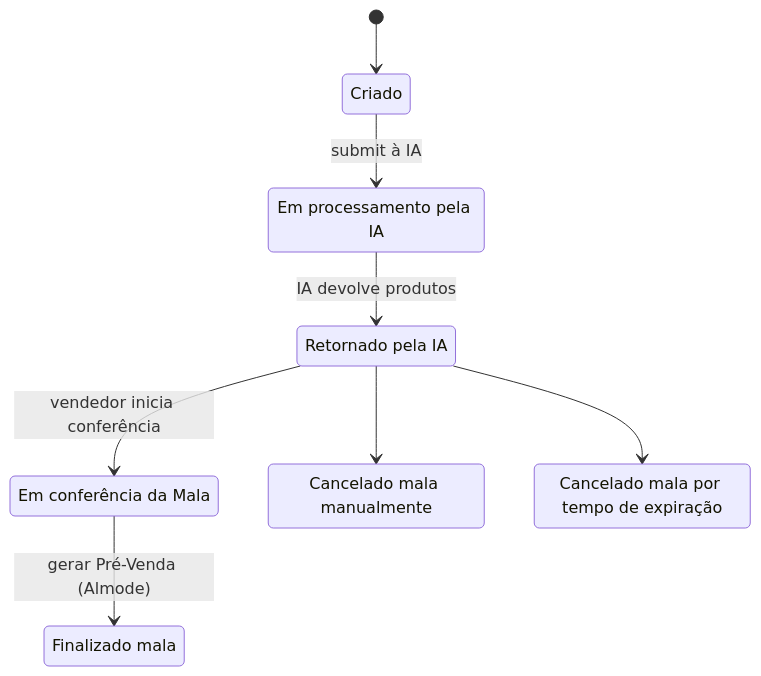
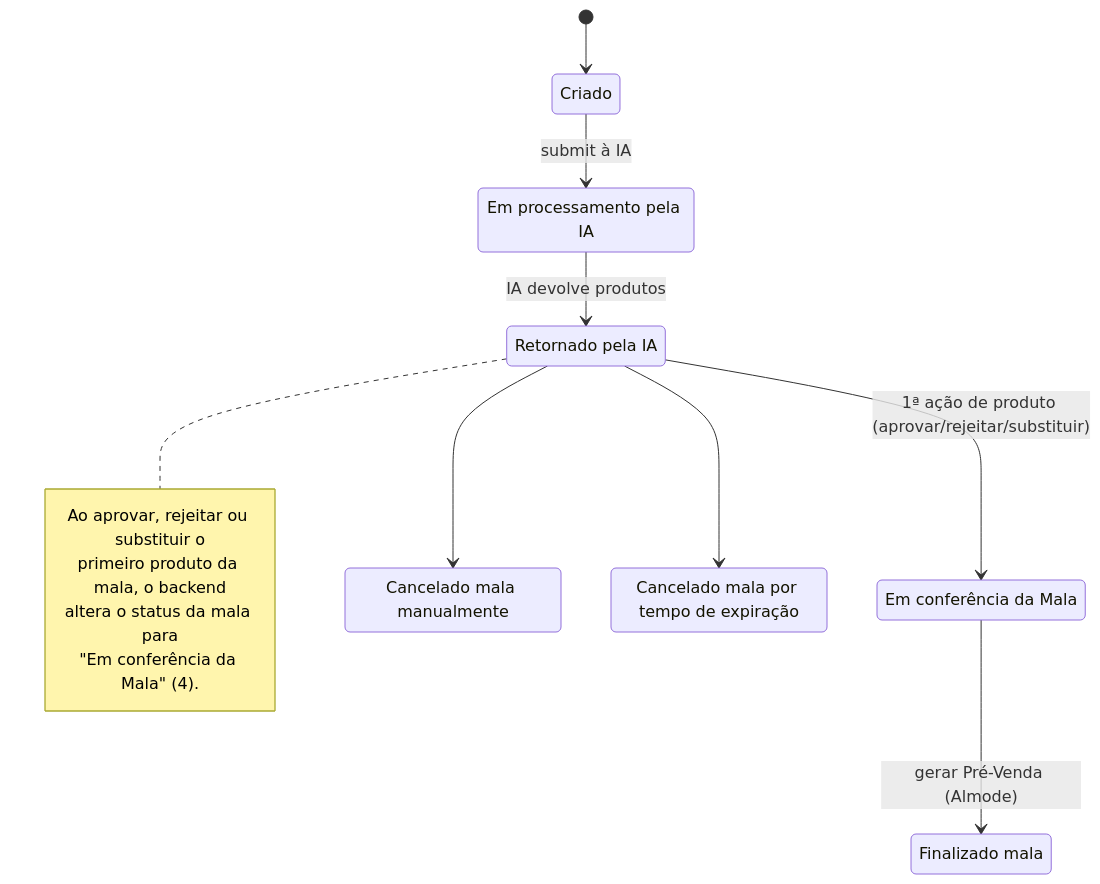
The first of 3 diagrams in api/malinha-sugestao-ia.md (LeonardoNoroWidelab/WD-New-API), drawn with Mermaid before and after one commit. The commit also changed other lines of this file and 1 other file, not shown here.

Commit message:
feat: [Malinha IA] Incluído rota pra aprova produto

````diff
--- a/api/malinha-sugestao-ia.md
+++ b/api/malinha-sugestao-ia.md
@@ -134,18 +134,25 @@
 ```mermaid
 stateDiagram-v2
   [*] --> Criado
 
   state "Em processamento pela IA" as ProcIA
   state "Retornado pela IA" as RetIA
   state "Em conferência da Mala" as ConfMala
   state "Finalizado mala" as Finalizado
   state "Cancelado mala manualmente" as CanceladoManual
   state "Cancelado mala por tempo de expiração" as CanceladoExp
 
   Criado --> ProcIA : submit à IA
   ProcIA --> RetIA : IA devolve produtos
-  RetIA --> ConfMala : vendedor inicia conferência
+  RetIA --> ConfMala : 1ª ação de produto (aprovar/rejeitar/substituir)
   ConfMala --> Finalizado : gerar Pré-Venda (Almode)
   RetIA --> CanceladoManual
   RetIA --> CanceladoExp
+
+  note right of RetIA
+    Ao aprovar, rejeitar ou substituir o
+    primeiro produto da mala, o backend
+    altera o status da mala para
+    "Em conferência da Mala" (4).
+  end note
 ```
````
